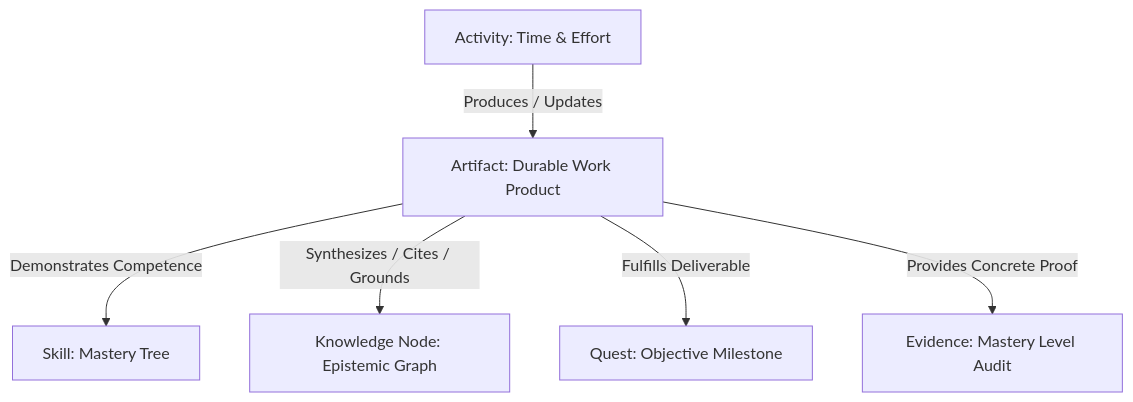
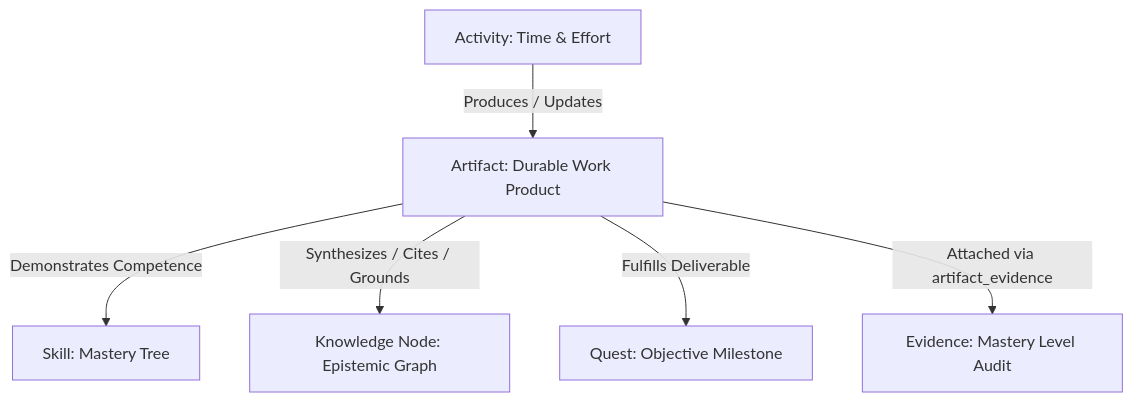
The first of 2 diagrams in docs/Stage7/01_ARTIFACT_DOMAIN_MODEL.md (Daylily-Huang/AI-Personal-Growth-RPG), drawn with Mermaid before and after one commit. The commit also changed other lines of this file and 6 other files, not shown here.

Commit message:
fix(stage7a): artifact evidence delete protection, strict taxonomy, lifecycle coherence & child rls matrix

````diff
--- a/docs/Stage7/01_ARTIFACT_DOMAIN_MODEL.md
+++ b/docs/Stage7/01_ARTIFACT_DOMAIN_MODEL.md
@@ -29,8 +29,8 @@
 ```mermaid
 graph TD
     A[Activity: Time & Effort] -->|Produces / Updates| ART[Artifact: Durable Work Product]
     ART -->|Demonstrates Competence| S[Skill: Mastery Tree]
     ART -->|Synthesizes / Cites / Grounds| K[Knowledge Node: Epistemic Graph]
     ART -->|Fulfills Deliverable| Q[Quest: Objective Milestone]
-    ART -->|Provides Concrete Proof| E[Evidence: Mastery Level Audit]
+    ART -->|Attached via artifact_evidence| E[Evidence: Mastery Level Audit]
 ```
````
